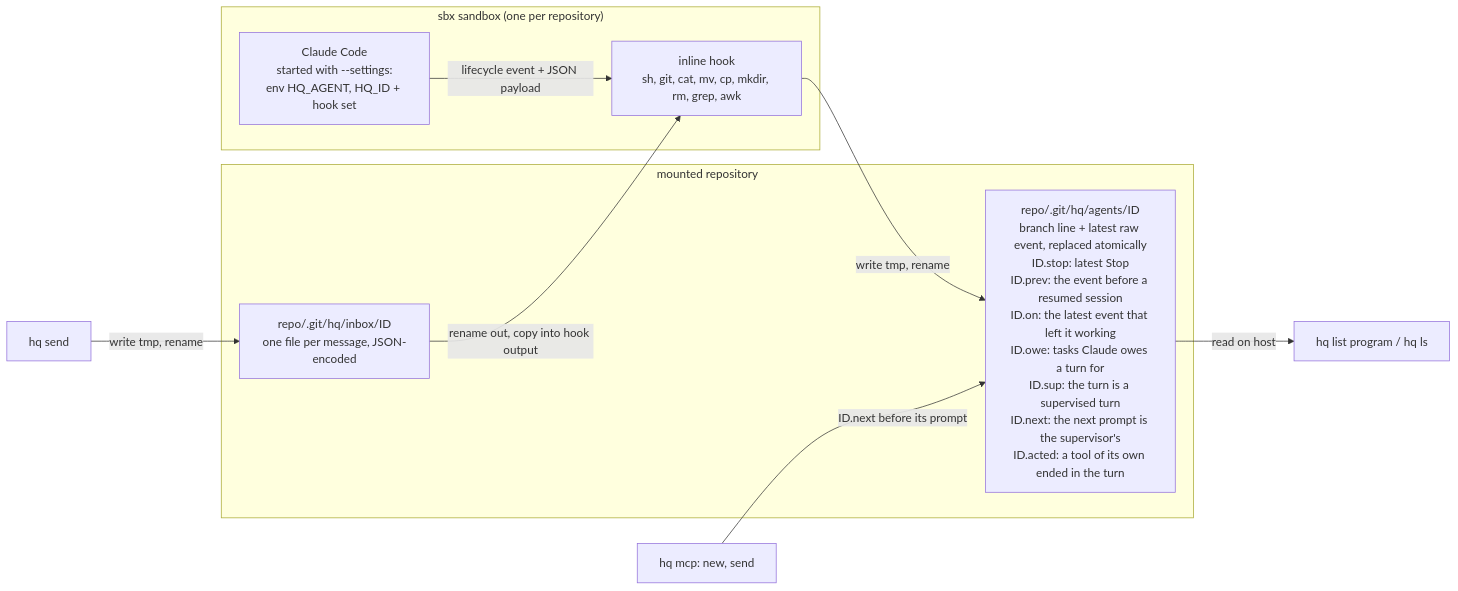
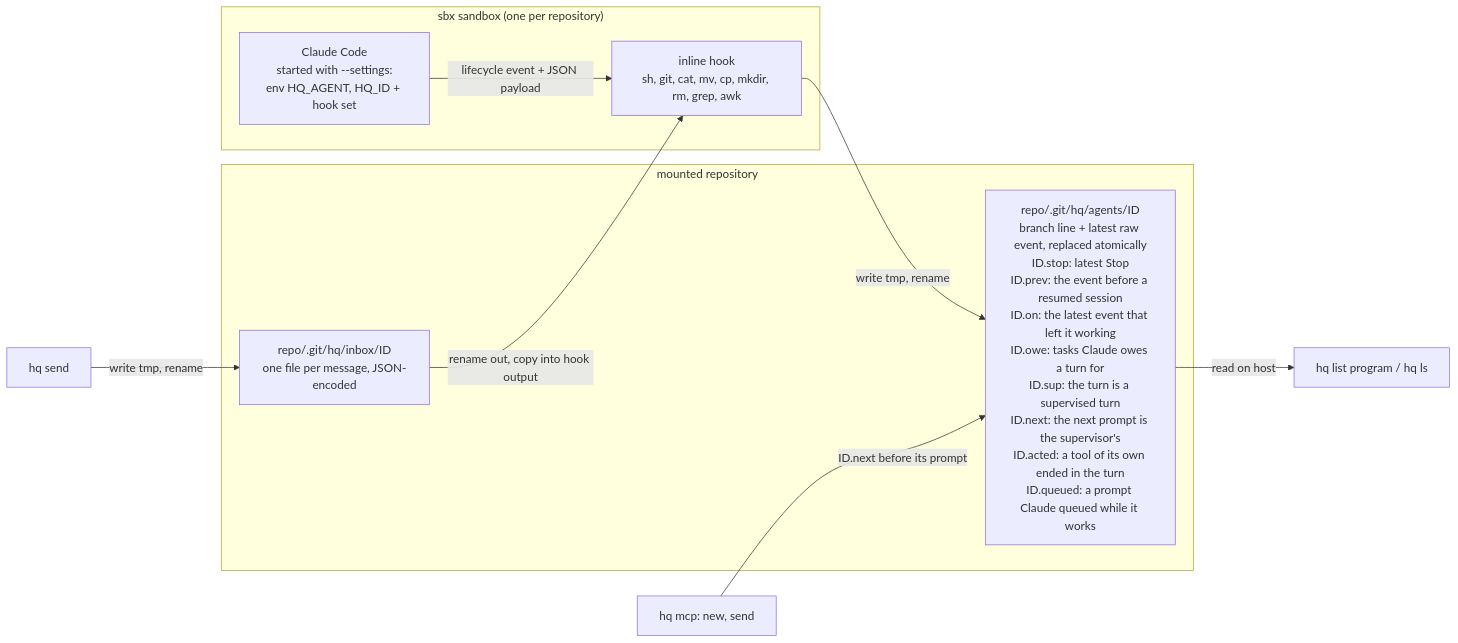
One commit to rkrysinski/hq changed the second of 4 diagrams in docs/design/hq.md. Above: the diagram before and after it, drawn with Mermaid. The commit also changed other lines of this file and 12 other files, not shown here.

First line of the commit message:
A prompt Claude takes from its queue shows the agent working (#82)

````diff
--- a/docs/design/hq.md
+++ b/docs/design/hq.md
@@ -85,17 +85,17 @@
 ```mermaid
 flowchart LR
     subgraph SB["sbx sandbox (one per repository)"]
         C["Claude Code<br/>started with --settings:<br/>env HQ_AGENT, HQ_ID + hook set"]
         K["inline hook<br/>sh, git, cat, mv, cp, mkdir, rm, grep, awk"]
         C -- "lifecycle event + JSON payload" --> K
     end
     subgraph RP["mounted repository"]
-        F["repo/.git/hq/agents/ID<br/>branch line + latest raw event, replaced atomically<br/>ID.stop: latest Stop<br/>ID.prev: the event before a resumed session<br/>ID.on: the latest event that left it working<br/>ID.owe: tasks Claude owes a turn for<br/>ID.sup: the turn is a supervised turn<br/>ID.next: the next prompt is the supervisor's<br/>ID.acted: a tool of its own ended in the turn"]
+        F["repo/.git/hq/agents/ID<br/>branch line + latest raw event, replaced atomically<br/>ID.stop: latest Stop<br/>ID.prev: the event before a resumed session<br/>ID.on: the latest event that left it working<br/>ID.owe: tasks Claude owes a turn for<br/>ID.sup: the turn is a supervised turn<br/>ID.next: the next prompt is the supervisor's<br/>ID.acted: a tool of its own ended in the turn<br/>ID.queued: a prompt Claude queued while it works"]
         I["repo/.git/hq/inbox/ID<br/>one file per message, JSON-encoded"]
     end
     K -- "write tmp, rename" --> F
     F -- "read on host" --> LP["hq list program / hq ls"]
     SEND["hq send"] -- "write tmp, rename" --> I
     I -- "rename out, copy into hook output" --> K
     MCP["hq mcp: new, send"] -- "ID.next before its prompt" --> F
 ```
````
